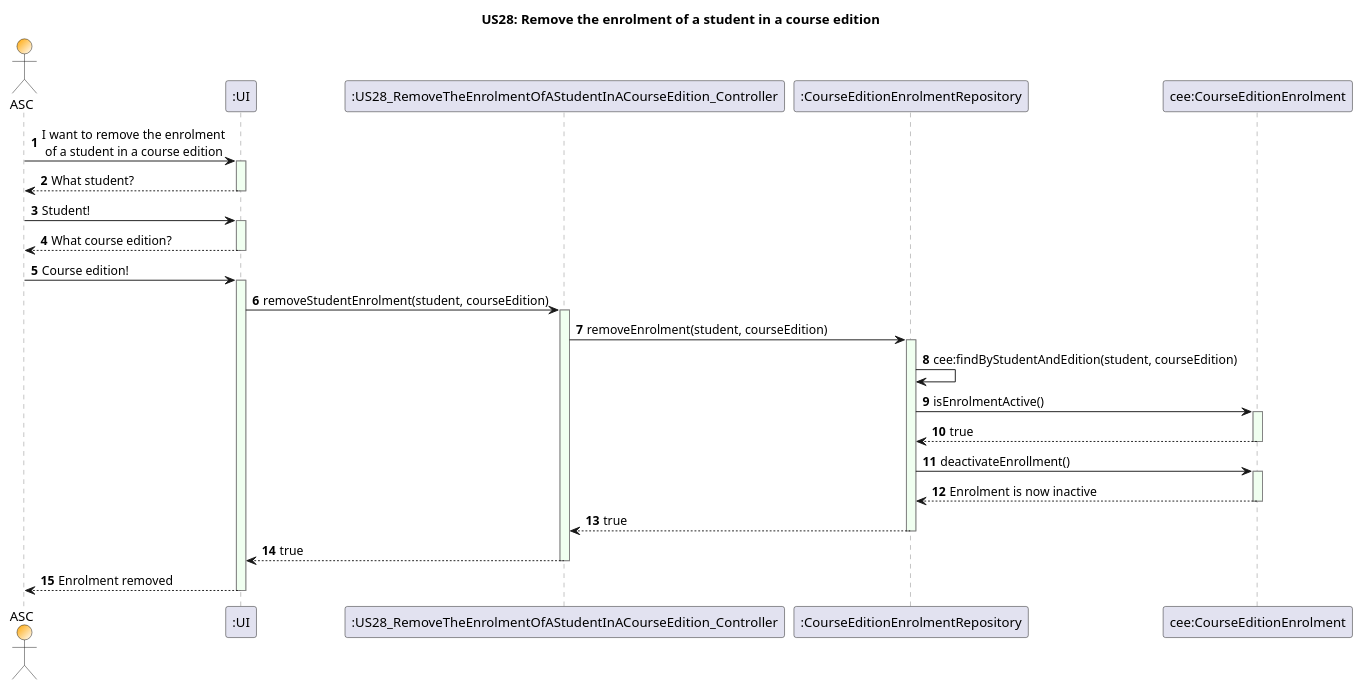
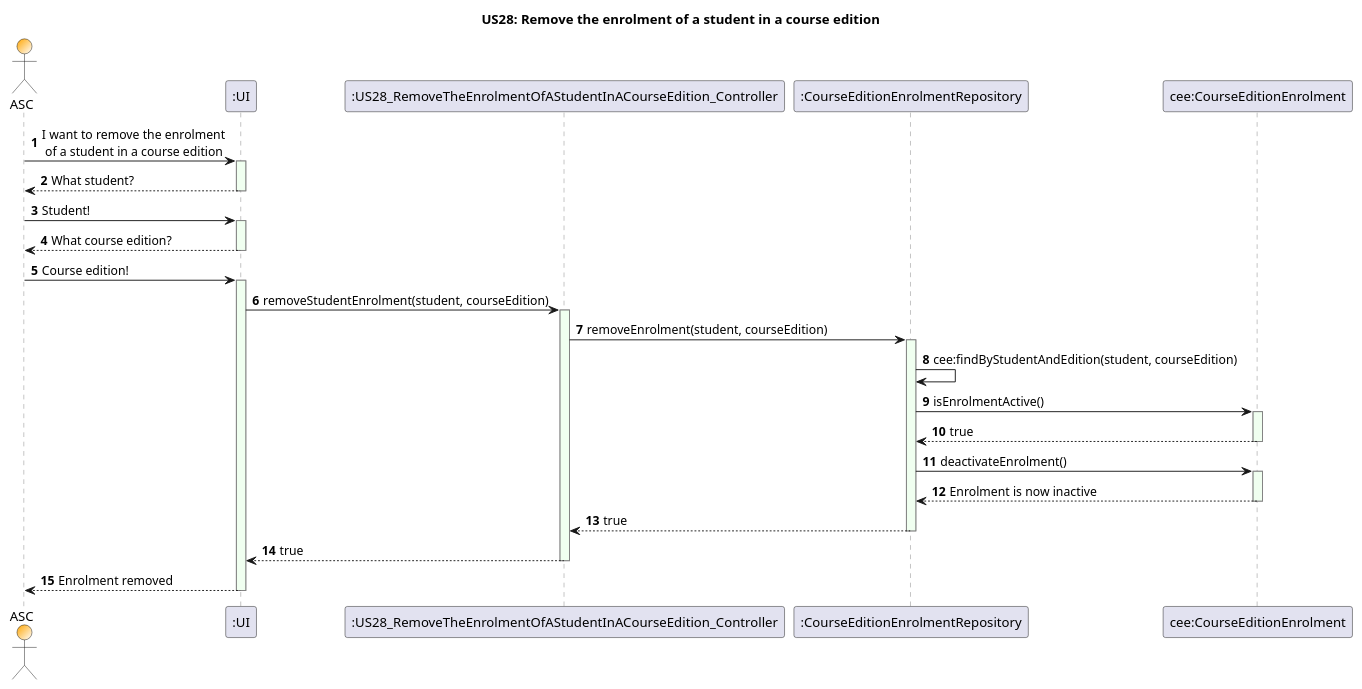
Before and after one commit to GasparISEP/DevOps-PAI: the diagram in docs/US28/US28_RemoveTheEnrolmentOfAStudentInACourseEdition_SequenceDiagram.puml, drawn with PlantUML. The commit also changed 2 other files, not shown here.

Commit message:
Fix spelling inconsistency: 'enroll' changed to 'enrol' in US28 sequence and class diagrams

```diff
--- a/docs/US28/US28_RemoveTheEnrolmentOfAStudentInACourseEdition_SequenceDiagram.puml
+++ b/docs/US28/US28_RemoveTheEnrolmentOfAStudentInACourseEdition_SequenceDiagram.puml
@@ -1,54 +1,54 @@
 @startuml
 skinparam sequence {
 
 LifeLineBorderColor Grey
 LifeLineBackgroundColor HoneyDew
 }
 
 title US28: Remove the enrolment of a student in a course edition
 
 actor ASC #Orange/White
 participant ":UI" as UI
 participant ":US28_RemoveTheEnrolmentOfAStudentInACourseEdition_Controller" as Controller
 participant ":CourseEditionEnrolmentRepository" as Repository
 participant "cee:CourseEditionEnrolment" as Enrolment
 autonumber
 
 ASC -> UI : I want to remove the enrolment\n of a student in a course edition
 activate UI
 UI --> ASC : What student?
 deactivate UI
 ASC -> UI : Student!
 activate UI
 UI --> ASC : What course edition?
 deactivate UI
 ASC -> UI : Course edition!
 activate UI
 
 UI -> Controller : removeStudentEnrolment(student, courseEdition)
 activate Controller
 
 Controller -> Repository : removeEnrolment(student, courseEdition)
 activate Repository
 
 Repository -> Repository : cee:findByStudentAndEdition(student, courseEdition)
 
 Repository -> Enrolment : isEnrolmentActive()
 activate Enrolment
 Enrolment --> Repository : true
 deactivate Enrolment
 
-Repository -> Enrolment : deactivateEnrollment()
+Repository -> Enrolment : deactivateEnrolment()
 activate Enrolment
 Enrolment --> Repository : Enrolment is now inactive
 deactivate Enrolment
 
 Repository --> Controller : true
 deactivate Repository
 
 Controller --> UI : true
 deactivate Controller
 UI --> ASC : Enrolment removed
 deactivate UI
 
 @enduml
```
